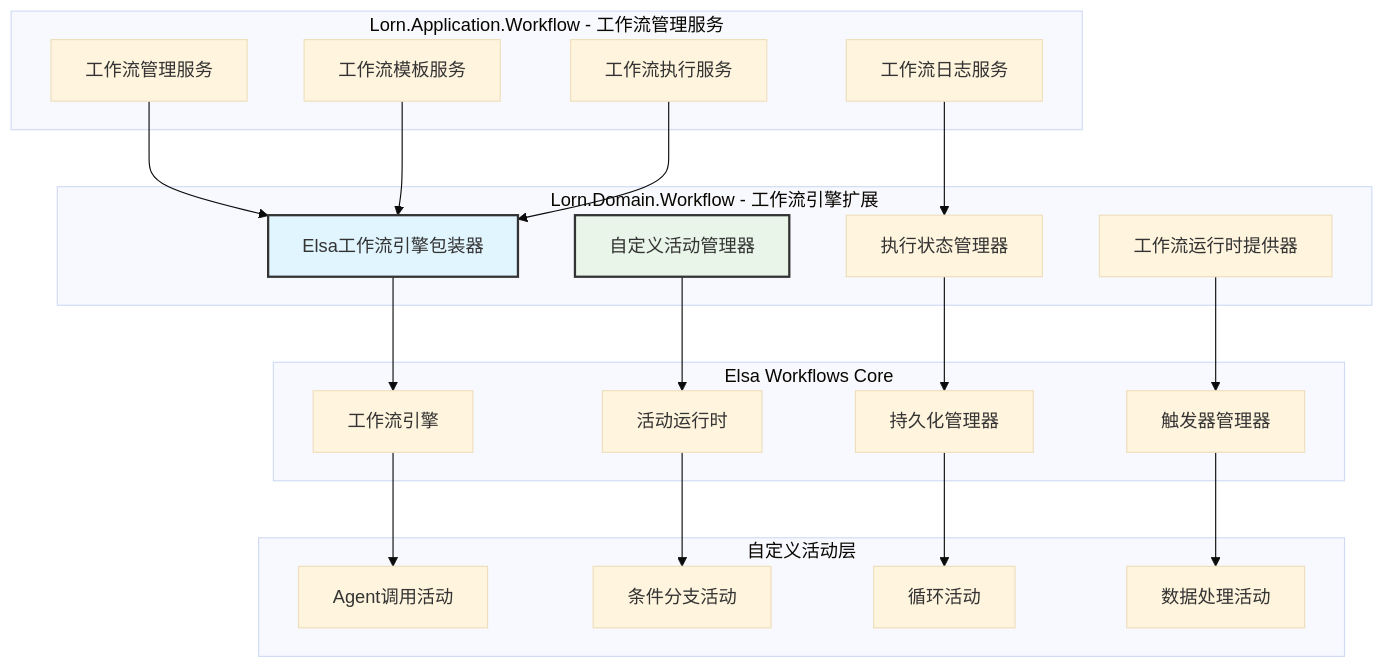
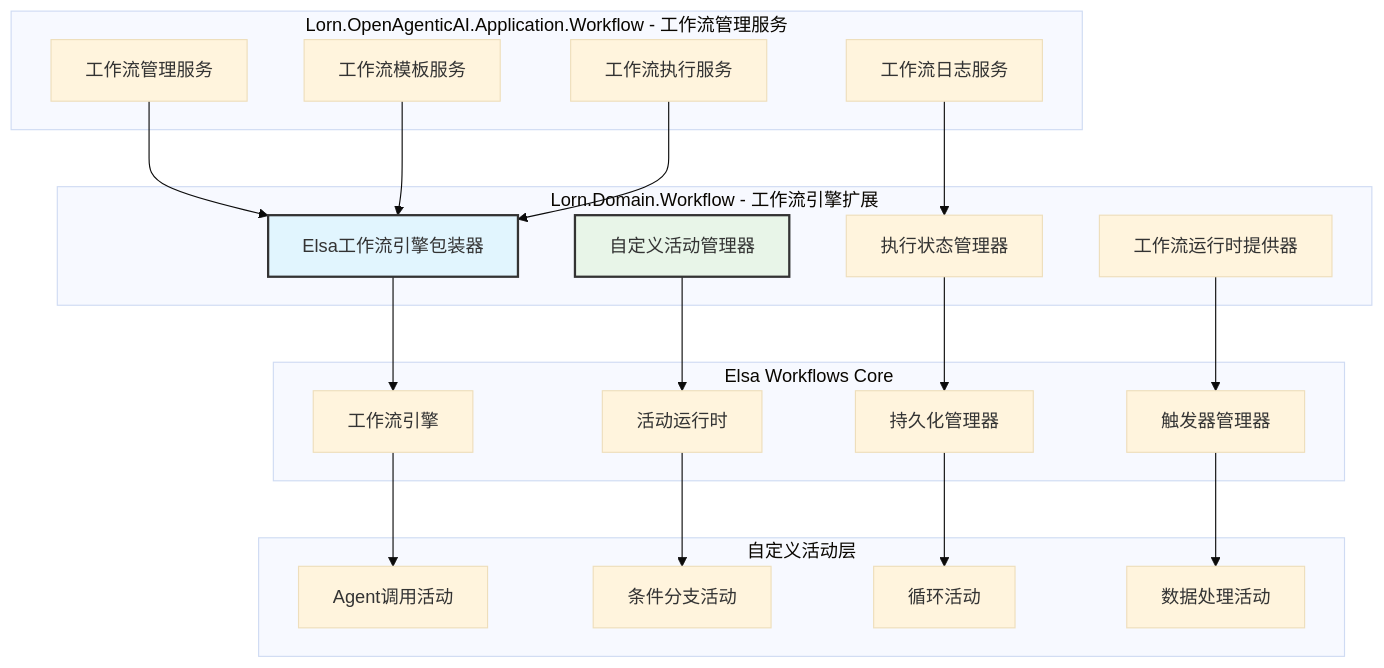
The second of 15 diagrams in docs_TecDesign/WorkflowEngineDesign.md (lornshrimp/Lorn.OpenAgenticAI), drawn with Mermaid (base theme) before and after one commit. The commit also changed other lines of this file and 87 other files, not shown here.

````diff
--- a/docs_TecDesign/WorkflowEngineDesign.md
+++ b/docs_TecDesign/WorkflowEngineDesign.md
@@ -79,48 +79,48 @@
 ```mermaid
 graph TB
-    subgraph "Lorn.Application.Workflow - 工作流管理服务"
+    subgraph "Lorn.OpenAgenticAI.Application.Workflow - 工作流管理服务"
         WMS[工作流管理服务]
         WTS[工作流模板服务]
         WES[工作流执行服务]
         WLS[工作流日志服务]
     end
     
     subgraph "Lorn.Domain.Workflow - 工作流引擎扩展"
         EWE[Elsa工作流引擎包装器]
         CAM[自定义活动管理器]
         ESM[执行状态管理器]
         WRP[工作流运行时提供器]
     end
     
     subgraph "Elsa Workflows Core"
         WFE[工作流引擎]
         ART[活动运行时]
         PSM[持久化管理器]
         TRG[触发器管理器]
     end
     
     subgraph "自定义活动层"
         AAA[Agent调用活动]
         CFA[条件分支活动]
         LAA[循环活动]
         DAA[数据处理活动]
     end
     
     WMS --> EWE
     WTS --> EWE
     WES --> EWE
     WLS --> ESM
     
     EWE --> WFE
     CAM --> ART
     ESM --> PSM
     WRP --> TRG
     
     WFE --> AAA
     ART --> CFA
     PSM --> LAA
     TRG --> DAA
     
     style EWE fill:#e1f5fe,stroke:#333,stroke-width:2px
     style CAM fill:#e8f5e8,stroke:#333,stroke-width:2px
 ```
````
